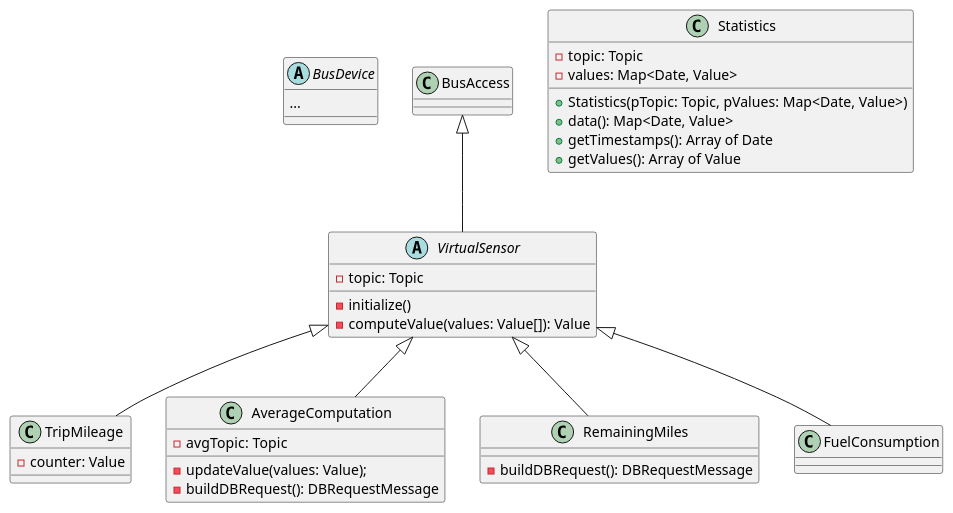
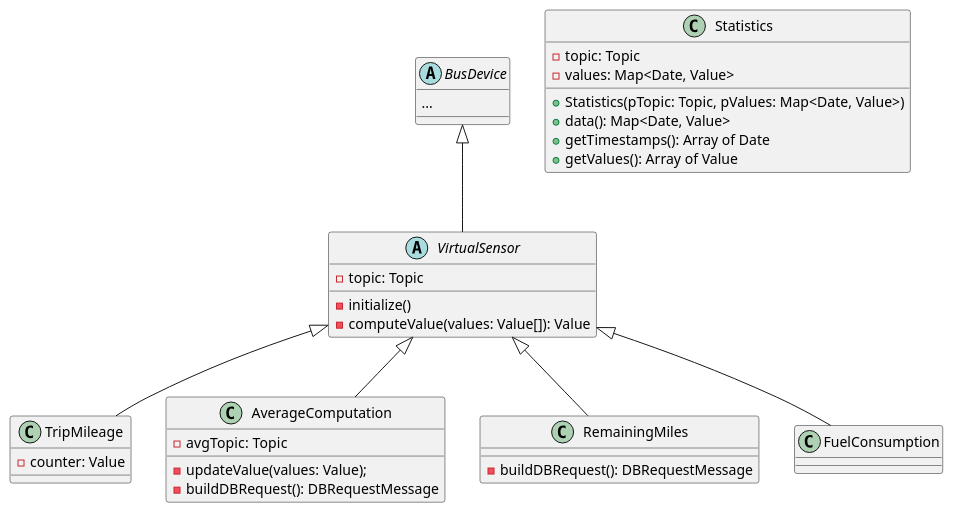
Before and after one commit to uzdry/PSE: the diagram in Entwurf/diagrams/VirtualSensors.wsd, drawn with PlantUML. The commit also changed 15 other files, not shown here.

Commit message:
Changed BusAccess to BusDevice

```diff
--- a/Entwurf/diagrams/VirtualSensors.wsd
+++ b/Entwurf/diagrams/VirtualSensors.wsd
@@ -3,44 +3,44 @@
 @startuml
 
 abstract class BusDevice {
 	...
 }
 
 abstract class VirtualSensor {
 	-topic: Topic
 	-initialize()
 	-computeValue(values: Value[]): Value
 }
 
 class TripMileage {
 	-counter: Value
 }
 
 class AverageComputation {
 	-avgTopic: Topic
 	-updateValue(values: Value);
 	-buildDBRequest(): DBRequestMessage
 }
 
 class RemainingMiles {
 	-buildDBRequest(): DBRequestMessage
 }
 
 class Statistics {
 	-topic: Topic
 	-values: Map<Date, Value>
 	+Statistics(pTopic: Topic, pValues: Map<Date, Value>)
 	+data(): Map<Date, Value>
 	+getTimestamps(): Array of Date
 	+getValues(): Array of Value
 }
 
 
 VirtualSensor <|-- FuelConsumption
 VirtualSensor <|-- TripMileage
 VirtualSensor <|-- AverageComputation
 VirtualSensor <|-- RemainingMiles
 
-BusAccess <|-- VirtualSensor
+BusDevice <|-- VirtualSensor
 
 @enduml
```
